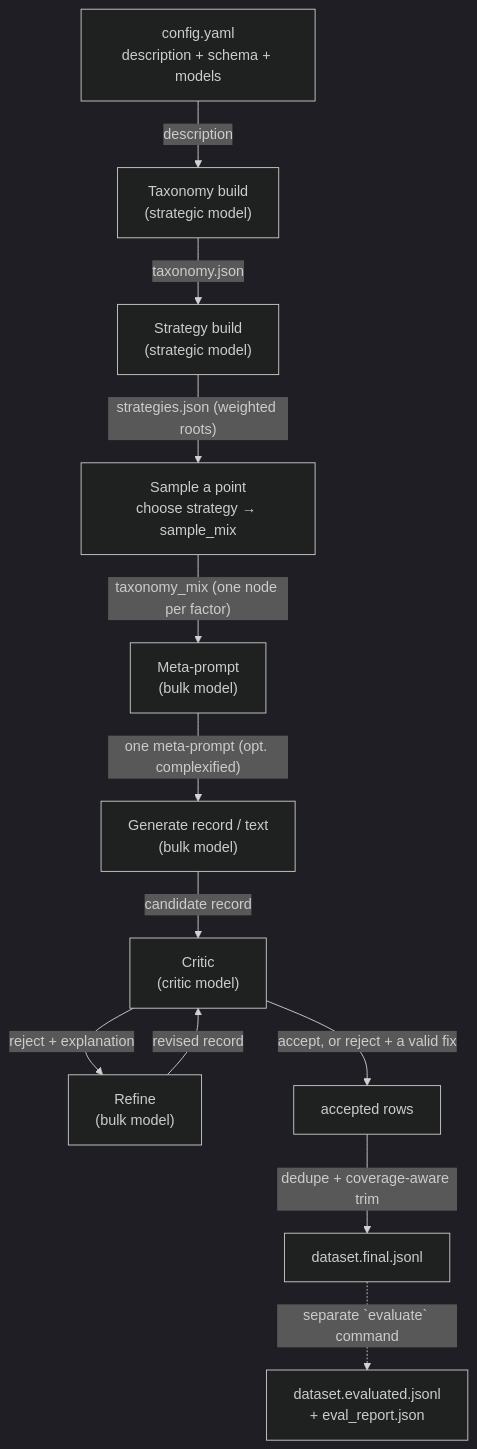
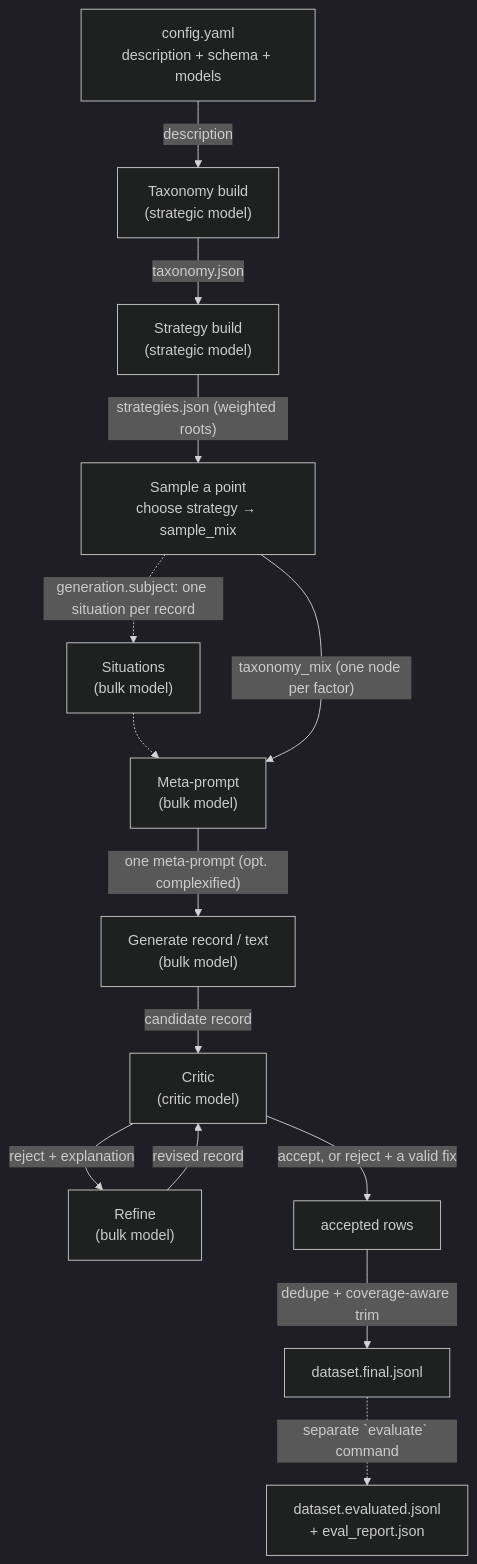
The first of 3 diagrams in DOCS.md (Mercity-AI/Simula), drawn with Mermaid (dark theme) before and after one commit. The commit also changed other lines of this file and 12 other files, not shown here.

````diff
--- a/DOCS.md
+++ b/DOCS.md
@@ -35,18 +39,20 @@
 ```mermaid
 flowchart TD
     cfg["config.yaml<br/>description + schema + models"]
 
     cfg -->|"description"| tax["Taxonomy build<br/>(strategic model)"]
     tax -->|"taxonomy.json"| strat["Strategy build<br/>(strategic model)"]
     strat -->|"strategies.json (weighted roots)"| samp["Sample a point<br/>choose strategy → sample_mix"]
 
+    samp -.->|"generation.subject: one situation per record"| sit["Situations<br/>(bulk model)"]
+    sit -.-> meta
     samp -->|"taxonomy_mix (one node per factor)"| meta["Meta-prompt<br/>(bulk model)"]
     meta -->|"one meta-prompt (opt. complexified)"| gen["Generate record / text<br/>(bulk model)"]
     gen -->|"candidate record"| crit["Critic<br/>(critic model)"]
     crit -->|"reject + explanation"| refine["Refine<br/>(bulk model)"]
     refine -->|"revised record"| crit
     crit -->|"accept, or reject + a valid fix"| rows["accepted rows"]
 
     rows -->|"dedupe + coverage-aware trim"| final["dataset.final.jsonl"]
     final -.->|"separate `evaluate` command"| evalrep["dataset.evaluated.jsonl<br/>+ eval_report.json"]
 ```
````
